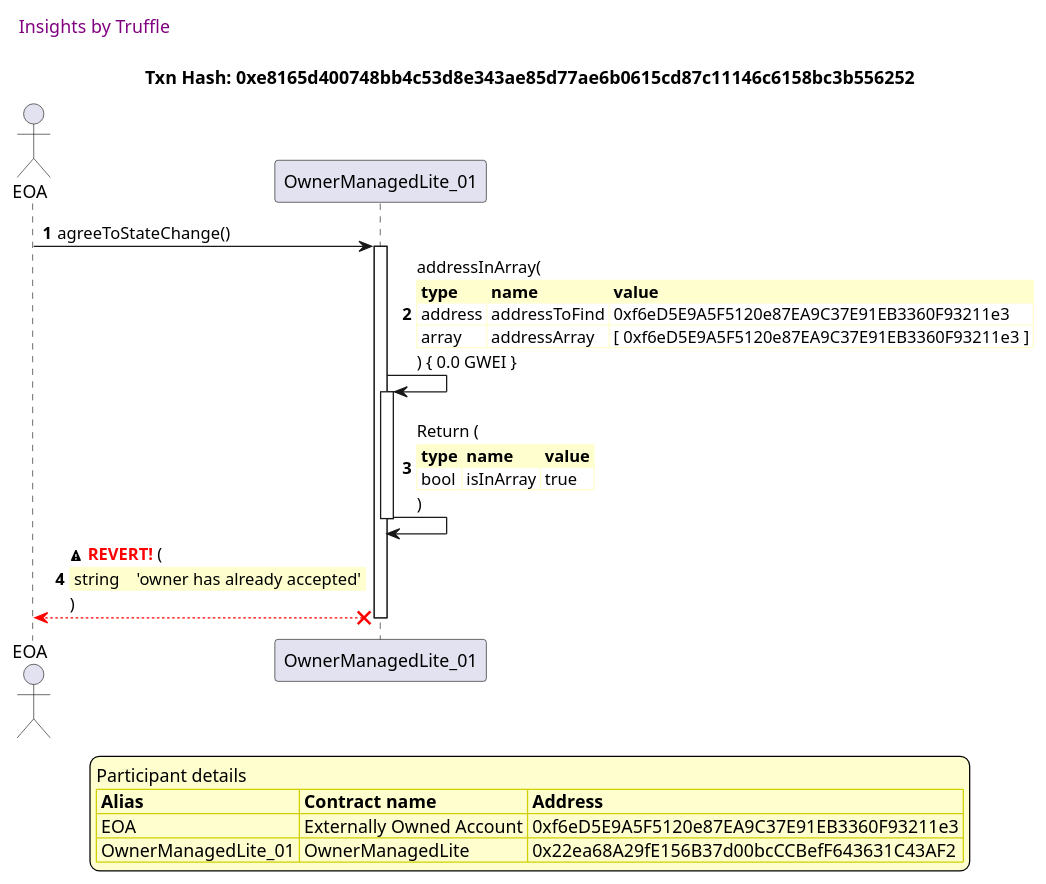
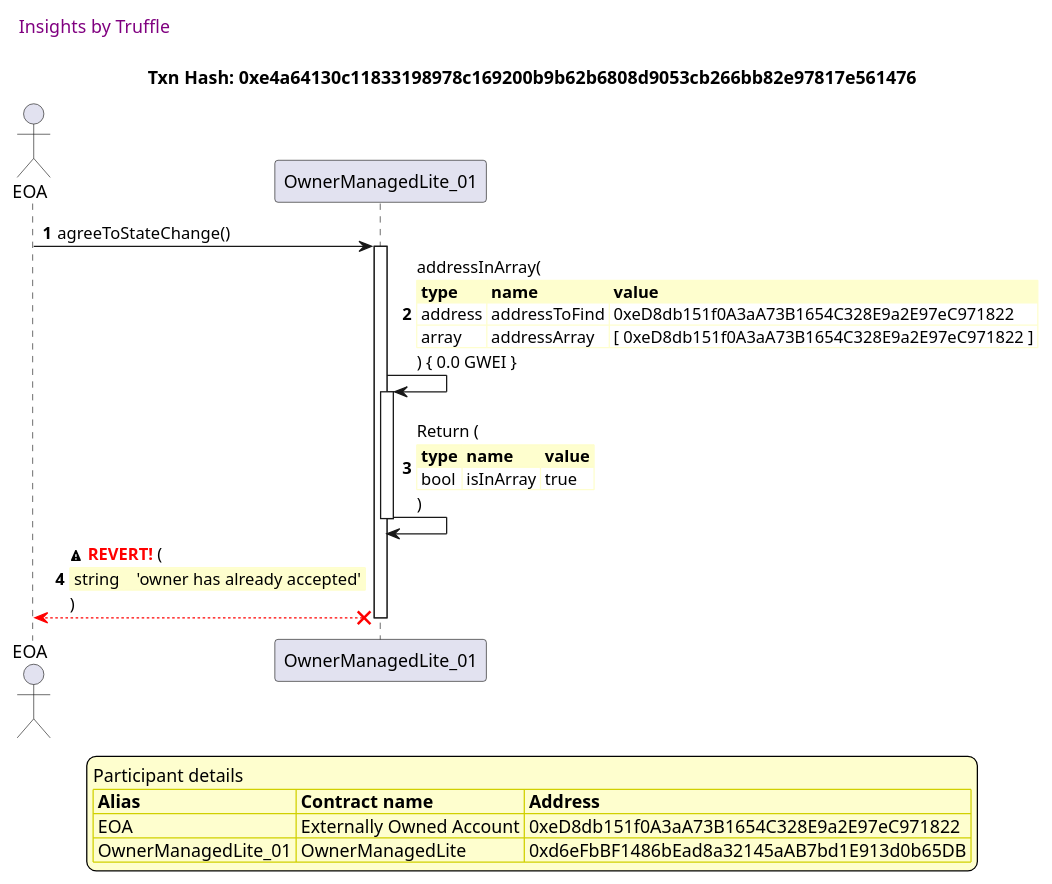
Before and after one commit to thedarkjester/ConsensysAssignment: diagram 15 of 15 in truffle-seq/OwnerManagedLite_test_agree_to_state_change.md, drawn with PlantUML. The commit also changed other lines of this file and 13 other files, not shown here.

````diff
--- a/truffle-seq/OwnerManagedLite_test_agree_to_state_change.md
+++ b/truffle-seq/OwnerManagedLite_test_agree_to_state_change.md
@@ -699,49 +680,49 @@
 ```plantuml
 
 
 @startuml
 
 autonumber
 skinparam legendBackgroundColor #FEFECE
 
 <style>
       header {
         HorizontalAlignment left
         FontColor purple
         FontSize 14
         Padding 10
       }
     </style>
 
 header Insights by Truffle
 
-title Txn Hash: 0xe8165d400748bb4c53d8e343ae85d77ae6b0615cd87c11146c6158bc3b556252
+title Txn Hash: 0xe4a64130c11833198978c169200b9b62b6808d9053cb266bb82e97817e561476
 
 
 actor EOA as "EOA"
 participant OwnerManagedLite_01 as "OwnerManagedLite_01"
 
 "EOA" -> "OwnerManagedLite_01" ++: agreeToStateChange()
 "OwnerManagedLite_01" -> "OwnerManagedLite_01" ++: addressInArray(\n\
 <#FEFECE,#FEFECE>|= type |= name |= value |\n\
-| address | addressToFind | 0xf6eD5E9A5F5120e87EA9C37E91EB3360F93211e3 |\n\
-| array | addressArray | [ 0xf6eD5E9A5F5120e87EA9C37E91EB3360F93211e3 ] |\n\
+| address | addressToFind | 0xeD8db151f0A3aA73B1654C328E9a2E97eC971822 |\n\
+| array | addressArray | [ 0xeD8db151f0A3aA73B1654C328E9a2E97eC971822 ] |\n\
 ) { 0.0 GWEI }
 "OwnerManagedLite_01" -> "OwnerManagedLite_01" --: Return (\n\
 <#FEFECE,#FEFECE>|= type |= name |= value |\n\
 | bool | isInArray | true |\n\
 )
 "OwnerManagedLite_01" x-[#red]-> "EOA" --: <&warning> <color #red>**REVERT!**</color> (\n\
 <#FEFECE,#FEFECE>| string |  | 'owner has already accepted' |\n\
 )
 deactivate "OwnerManagedLite_01"
 
 legend
 Participant details
 <#FEFECE,#D0D000>|= Alias |= Contract name |= Address |
-<#FEFECE>| EOA | Externally Owned Account | 0xf6eD5E9A5F5120e87EA9C37E91EB3360F93211e3 |
-<#FEFECE>| OwnerManagedLite_01 | OwnerManagedLite | 0x22ea68A29fE156B37d00bcCCBefF643631C43AF2 |
+<#FEFECE>| EOA | Externally Owned Account | 0xeD8db151f0A3aA73B1654C328E9a2E97eC971822 |
+<#FEFECE>| OwnerManagedLite_01 | OwnerManagedLite | 0xd6eFbBF1486bEad8a32145aAB7bd1E913d0b65DB |
 endlegend
 
 @enduml
 ```
````
